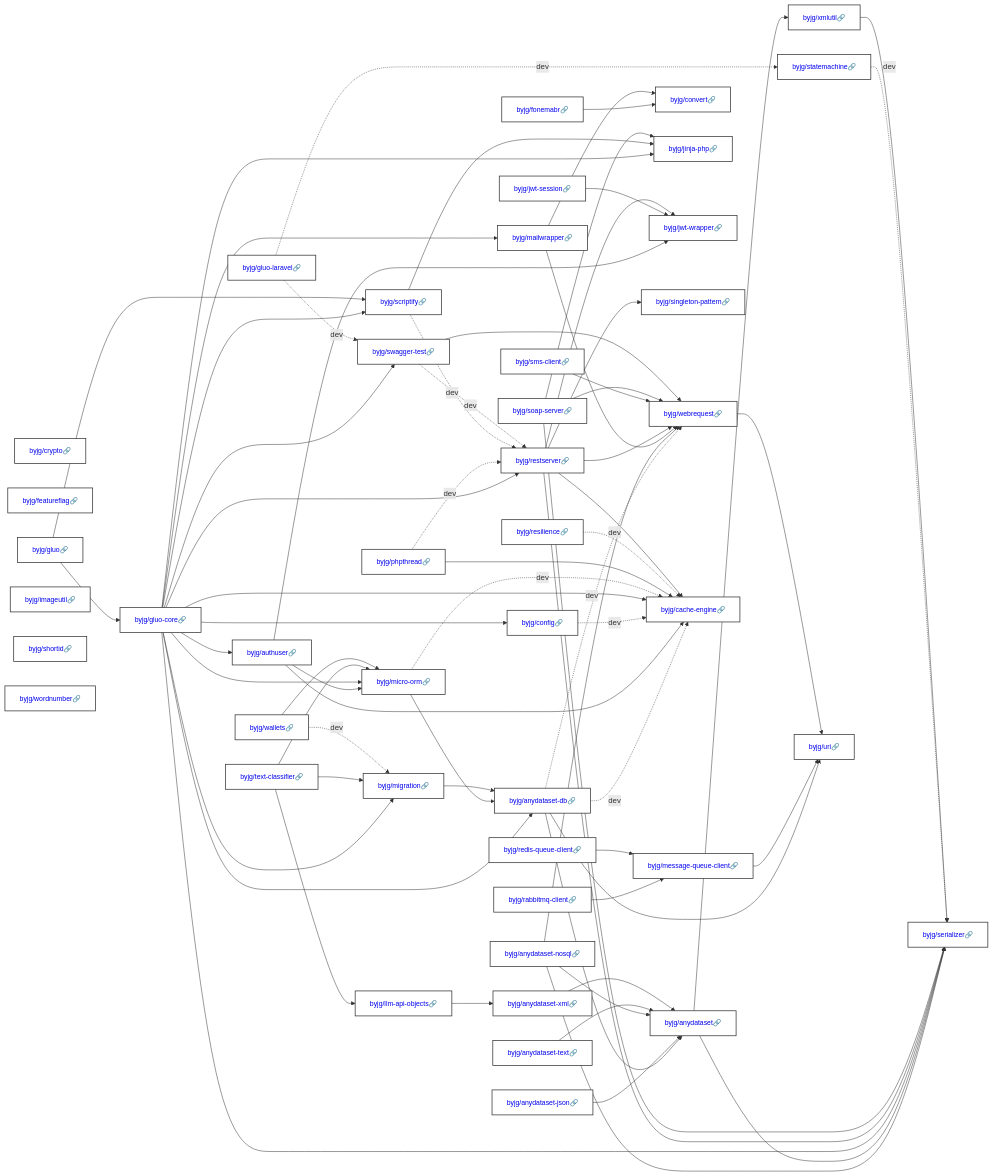
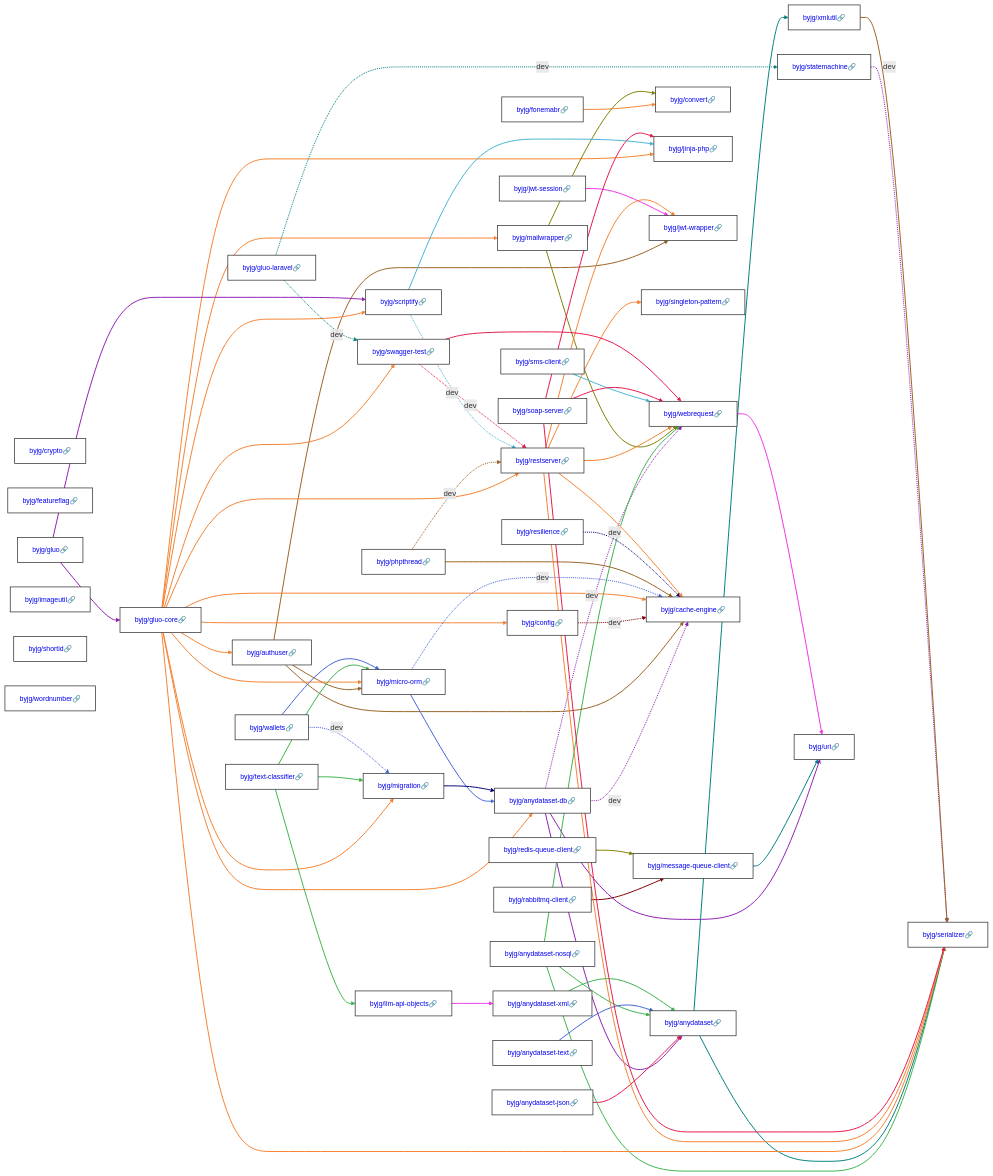
The diagram in docs/php/README.md (byjg/byjg.github.io), drawn with Mermaid before and after one commit. The commit also changed other lines of this file, not shown here.

Commit message:
Update documentation 'php' 'php-anydataset'

```diff
--- a/docs/php/README.md
+++ b/docs/php/README.md
@@ -117,6 +118,73 @@
   byjg/wallets -.->|dev| byjg/migration;
   byjg/webrequest --> byjg/uri;
   byjg/xmlutil --> byjg/serializer;
+  linkStyle 0 stroke:#911eb4,stroke-width:2px;
+  linkStyle 1 stroke:#911eb4,stroke-width:2px;
+  linkStyle 2 stroke:#911eb4,stroke-width:2px;
+  linkStyle 3 stroke:#911eb4,stroke-width:2px;
+  linkStyle 4 stroke:#e6194b,stroke-width:2px;
+  linkStyle 5 stroke:#3cb44b,stroke-width:2px;
+  linkStyle 6 stroke:#3cb44b,stroke-width:2px;
+  linkStyle 7 stroke:#3cb44b,stroke-width:2px;
+  linkStyle 8 stroke:#4363d8,stroke-width:2px;
+  linkStyle 9 stroke:#3cb44b,stroke-width:2px;
+  linkStyle 10 stroke:#008080,stroke-width:2px;
+  linkStyle 11 stroke:#008080,stroke-width:2px;
+  linkStyle 12 stroke:#9a6324,stroke-width:2px;
+  linkStyle 13 stroke:#9a6324,stroke-width:2px;
+  linkStyle 14 stroke:#9a6324,stroke-width:2px;
+  linkStyle 15 stroke:#800000,stroke-width:2px;
+  linkStyle 16 stroke:#f58231,stroke-width:2px;
+  linkStyle 17 stroke:#f58231,stroke-width:2px;
+  linkStyle 18 stroke:#f58231,stroke-width:2px;
+  linkStyle 19 stroke:#f58231,stroke-width:2px;
+  linkStyle 20 stroke:#f58231,stroke-width:2px;
+  linkStyle 21 stroke:#f58231,stroke-width:2px;
+  linkStyle 22 stroke:#f58231,stroke-width:2px;
+  linkStyle 23 stroke:#f58231,stroke-width:2px;
+  linkStyle 24 stroke:#f58231,stroke-width:2px;
+  linkStyle 25 stroke:#f58231,stroke-width:2px;
+  linkStyle 26 stroke:#f58231,stroke-width:2px;
+  linkStyle 27 stroke:#f58231,stroke-width:2px;
+  linkStyle 28 stroke:#f58231,stroke-width:2px;
+  linkStyle 29 stroke:#008080,stroke-width:2px;
+  linkStyle 30 stroke:#008080,stroke-width:2px;
+  linkStyle 31 stroke:#911eb4,stroke-width:2px;
+  linkStyle 32 stroke:#911eb4,stroke-width:2px;
+  linkStyle 33 stroke:#f032e6,stroke-width:2px;
+  linkStyle 34 stroke:#f032e6,stroke-width:2px;
+  linkStyle 35 stroke:#808000,stroke-width:2px;
+  linkStyle 36 stroke:#808000,stroke-width:2px;
+  linkStyle 37 stroke:#008080,stroke-width:2px;
+  linkStyle 38 stroke:#4363d8,stroke-width:2px;
+  linkStyle 39 stroke:#4363d8,stroke-width:2px;
+  linkStyle 40 stroke:#000075,stroke-width:2px;
+  linkStyle 41 stroke:#9a6324,stroke-width:2px;
+  linkStyle 42 stroke:#9a6324,stroke-width:2px;
+  linkStyle 43 stroke:#800000,stroke-width:2px;
+  linkStyle 44 stroke:#808000,stroke-width:2px;
+  linkStyle 45 stroke:#000075,stroke-width:2px;
+  linkStyle 46 stroke:#f58231,stroke-width:2px;
+  linkStyle 47 stroke:#f58231,stroke-width:2px;
+  linkStyle 48 stroke:#f58231,stroke-width:2px;
+  linkStyle 49 stroke:#f58231,stroke-width:2px;
+  linkStyle 50 stroke:#f58231,stroke-width:2px;
+  linkStyle 51 stroke:#46b4d4,stroke-width:2px;
+  linkStyle 52 stroke:#46b4d4,stroke-width:2px;
+  linkStyle 53 stroke:#46b4d4,stroke-width:2px;
+  linkStyle 54 stroke:#e6194b,stroke-width:2px;
+  linkStyle 55 stroke:#e6194b,stroke-width:2px;
+  linkStyle 56 stroke:#e6194b,stroke-width:2px;
+  linkStyle 57 stroke:#911eb4,stroke-width:2px;
+  linkStyle 58 stroke:#e6194b,stroke-width:2px;
+  linkStyle 59 stroke:#e6194b,stroke-width:2px;
+  linkStyle 60 stroke:#3cb44b,stroke-width:2px;
+  linkStyle 61 stroke:#3cb44b,stroke-width:2px;
+  linkStyle 62 stroke:#3cb44b,stroke-width:2px;
+  linkStyle 63 stroke:#4363d8,stroke-width:2px;
+  linkStyle 64 stroke:#4363d8,stroke-width:2px;
+  linkStyle 65 stroke:#f032e6,stroke-width:2px;
+  linkStyle 66 stroke:#9a6324,stroke-width:2px;
   classDef default fill:#ffffff,stroke:#333,stroke-width:1.5px,color:#000,font-size:14px;
   classDef highlight fill:#ffef96,stroke:#ff9900,stroke-width:3px;
   classDef deprecated fill:#f8f8f8,stroke:#cccccc,stroke-dasharray: 5 5,stroke-width:1px,color:#999;
```
